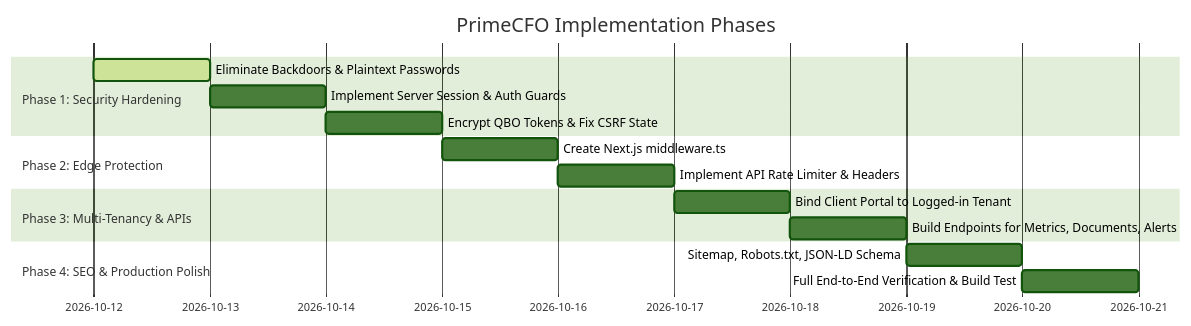
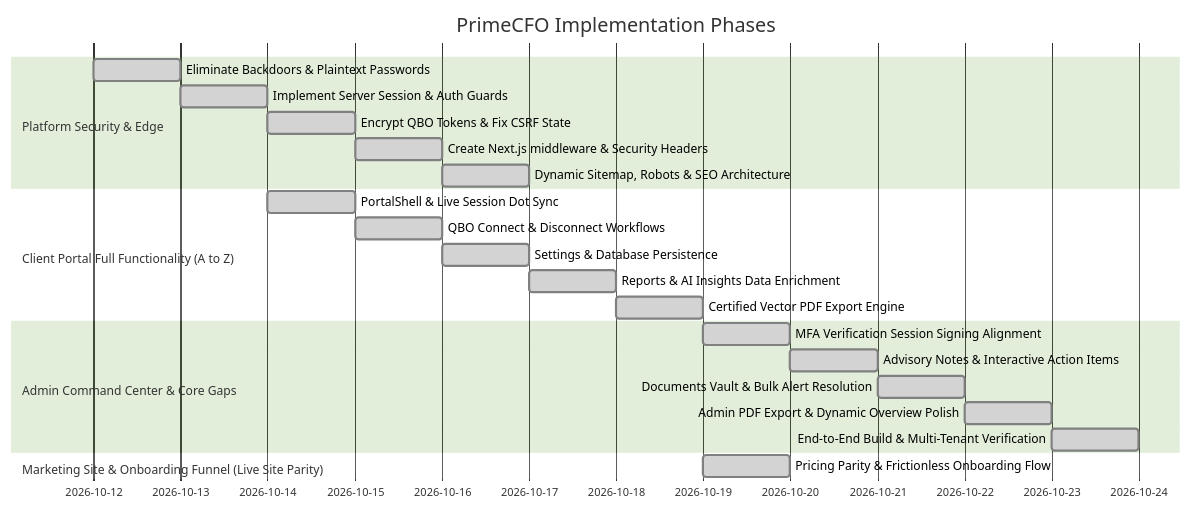
The fourth of 4 diagrams in plan.md (rayrgpacific-a11y/PrimeCfo), drawn with Mermaid (forest theme) before and after one commit. The commit also changed other lines of this file and 78 other files, not shown here.

Commit message:
feat: Production hardening, security remediations, multi-tenant QBO sync, and AI insights synthesis engine

````diff
--- a/plan.md
+++ b/plan.md
@@ -240,18 +240,25 @@
 ```mermaid
 gantt
     title PrimeCFO Implementation Phases
     dateFormat  YYYY-MM-DD
-    section Phase 1: Security Hardening
-    Eliminate Backdoors & Plaintext Passwords     :active, p1, 2026-10-12, 1d
-    Implement Server Session & Auth Guards        :p2, after p1, 1d
-    Encrypt QBO Tokens & Fix CSRF State           :p3, after p2, 1d
-    section Phase 2: Edge Protection
-    Create Next.js middleware.ts                  :p4, after p3, 1d
-    Implement API Rate Limiter & Headers          :p5, after p4, 1d
-    section Phase 3: Multi-Tenancy & APIs
-    Bind Client Portal to Logged-in Tenant        :p6, after p5, 1d
-    Build Endpoints for Metrics, Documents, Alerts:p7, after p6, 1d
-    section Phase 4: SEO & Production Polish
-    Sitemap, Robots.txt, JSON-LD Schema           :p8, after p7, 1d
-    Full End-to-End Verification & Build Test     :p9, after p8, 1d
+    section Platform Security & Edge
+    Eliminate Backdoors & Plaintext Passwords     :done, p1, 2026-10-12, 1d
+    Implement Server Session & Auth Guards        :done, p2, after p1, 1d
+    Encrypt QBO Tokens & Fix CSRF State           :done, p3, after p2, 1d
+    Create Next.js middleware & Security Headers  :done, p4, after p3, 1d
+    Dynamic Sitemap, Robots & SEO Architecture    :done, p5, after p4, 1d
+    section Client Portal Full Functionality (A to Z)
+    PortalShell & Live Session Dot Sync           :done, p6, 2026-10-14, 1d
+    QBO Connect & Disconnect Workflows            :done, p7, after p6, 1d
+    Settings & Database Persistence               :done, p8, after p7, 1d
+    Reports & AI Insights Data Enrichment         :done, p9, after p8, 1d
+    Certified Vector PDF Export Engine            :done, p10, after p9, 1d
+    section Admin Command Center & Core Gaps
+    MFA Verification Session Signing Alignment    :done, p11, 2026-10-19, 1d
+    Advisory Notes & Interactive Action Items     :done, p12, after p11, 1d
+    Documents Vault & Bulk Alert Resolution       :done, p13, after p12, 1d
+    Admin PDF Export & Dynamic Overview Polish    :done, p14, after p13, 1d
+    End-to-End Build & Multi-Tenant Verification  :done, p15, after p14, 1d
+    section Marketing Site & Onboarding Funnel (Live Site Parity)
+    Pricing Parity & Frictionless Onboarding Flow :done, p16, 2026-10-19, 1d
 ```
````
